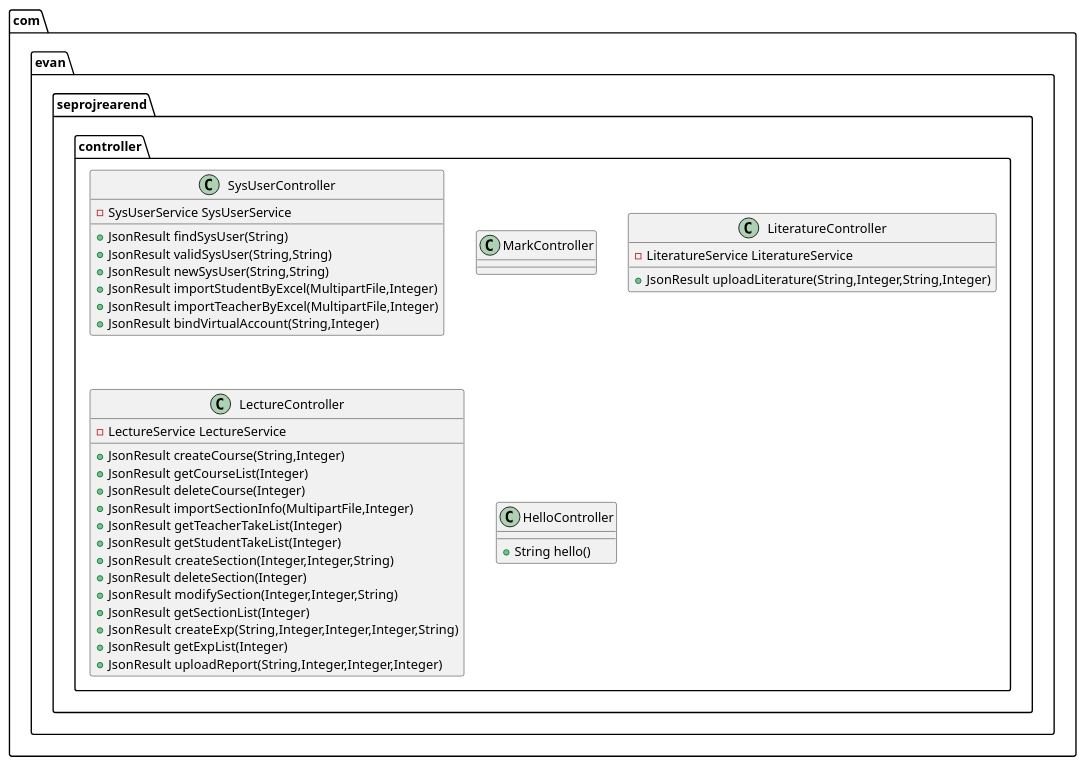
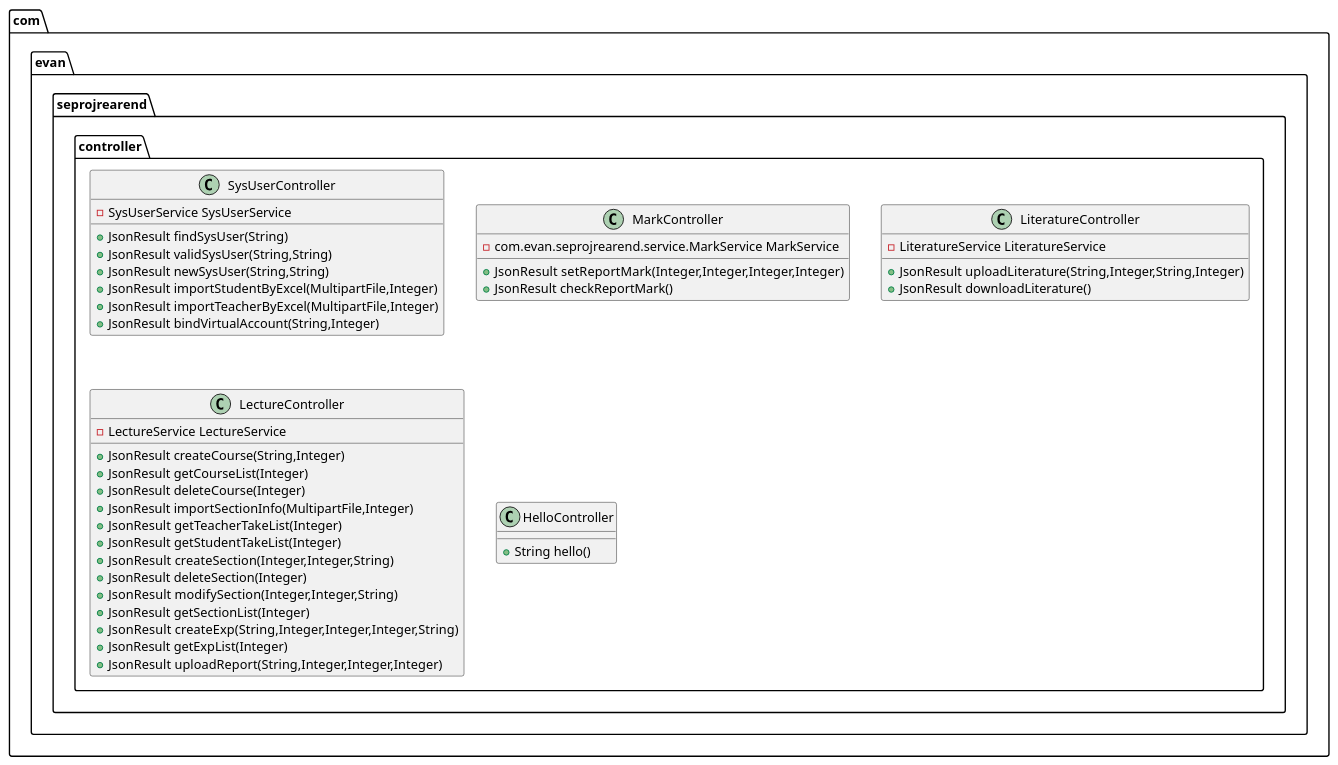
One commit to RiverLiangH/se-proj-rear-end changed the diagram in controller.puml. Above: the diagram before and after it, drawn with PlantUML. The commit also changed 15 other files, not shown here.

```diff
--- a/controller.puml
+++ b/controller.puml
@@ -1,36 +1,40 @@
 @startuml
 class com.evan.seprojrearend.controller.SysUserController {
 - SysUserService SysUserService
 + JsonResult findSysUser(String)
 + JsonResult validSysUser(String,String)
 + JsonResult newSysUser(String,String)
 + JsonResult importStudentByExcel(MultipartFile,Integer)
 + JsonResult importTeacherByExcel(MultipartFile,Integer)
 + JsonResult bindVirtualAccount(String,Integer)
 }
 class com.evan.seprojrearend.controller.MarkController {
+- com.evan.seprojrearend.service.MarkService MarkService
++ JsonResult setReportMark(Integer,Integer,Integer,Integer)
++ JsonResult checkReportMark()
 }
 class com.evan.seprojrearend.controller.LiteratureController {
 - LiteratureService LiteratureService
 + JsonResult uploadLiterature(String,Integer,String,Integer)
++ JsonResult downloadLiterature()
 }
 class com.evan.seprojrearend.controller.LectureController {
 - LectureService LectureService
 + JsonResult createCourse(String,Integer)
 + JsonResult getCourseList(Integer)
 + JsonResult deleteCourse(Integer)
 + JsonResult importSectionInfo(MultipartFile,Integer)
 + JsonResult getTeacherTakeList(Integer)
 + JsonResult getStudentTakeList(Integer)
 + JsonResult createSection(Integer,Integer,String)
 + JsonResult deleteSection(Integer)
 + JsonResult modifySection(Integer,Integer,String)
 + JsonResult getSectionList(Integer)
 + JsonResult createExp(String,Integer,Integer,Integer,String)
 + JsonResult getExpList(Integer)
 + JsonResult uploadReport(String,Integer,Integer,Integer)
 }
 class com.evan.seprojrearend.controller.HelloController {
 + String hello()
 }
 @enduml
```
